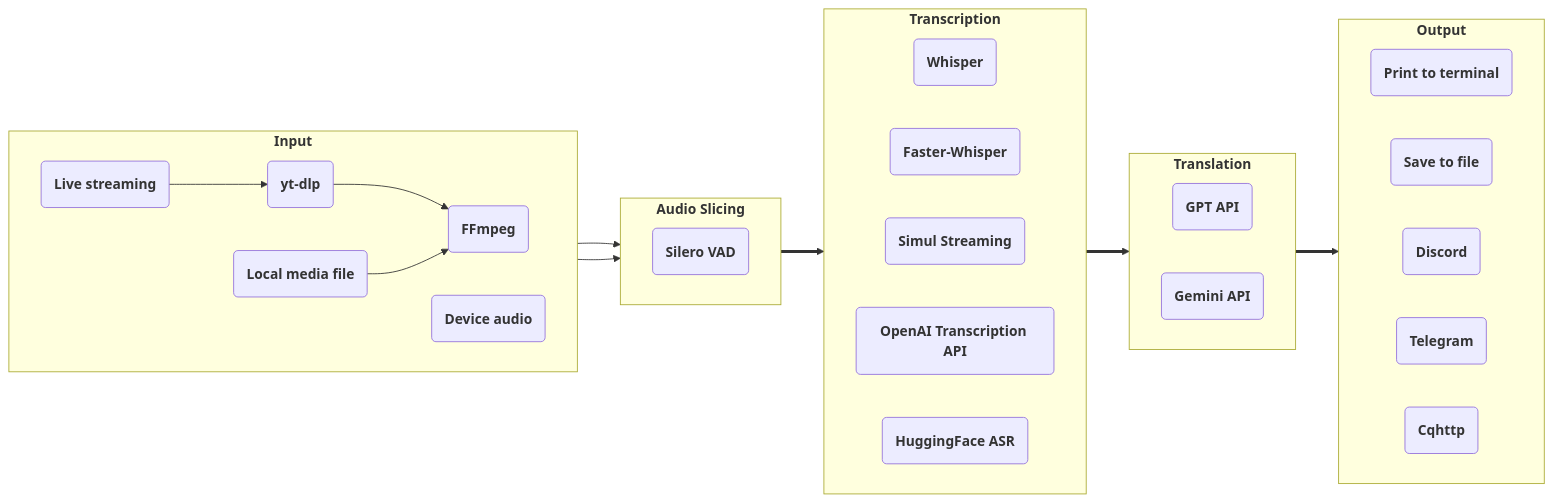
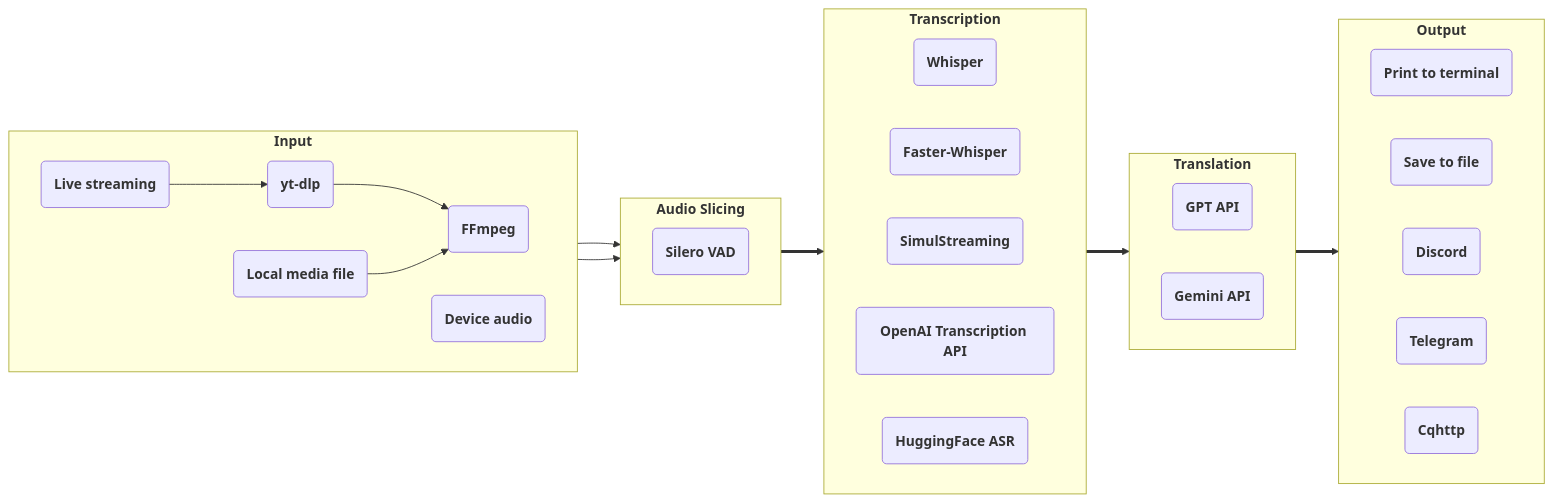
Before and after one commit to ionic-bond/stream-translator-gpt: the diagram in README.md, drawn with Mermaid. The commit also changed other lines of this file and 6 other files, not shown here.

````diff
--- a/README.md
+++ b/README.md
@@ -19,44 +25,44 @@
 ```mermaid
 flowchart LR
     subgraph ga["`**Input**`"]
         direction LR
         aa("`**FFmpeg**`")
         ab("`**Device audio**`")
         ac("`**yt-dlp**`")
         ad("`**Local media file**`")
         ae("`**Live streaming**`")
         ac --> aa
         ad --> aa
         ae --> ac
     end
     subgraph gb["`**Audio Slicing**`"]
         direction LR
         ba("`**Silero VAD**`")
     end
     subgraph gc["`**Transcription**`"]
         direction LR
         ca("`**Whisper**`")
         cb("`**Faster-Whisper**`")
-        cc("`**Simul Streaming**`")
+        cc("`**SimulStreaming**`")
         cd("`**OpenAI Transcription API**`")
         ce("`**HuggingFace ASR**`")
     end
     subgraph gd["`**Translation**`"]
         direction LR
         da("`**GPT API**`")
         db("`**Gemini API**`")
     end
     subgraph ge["`**Output**`"]
         direction LR
         ea("`**Print to terminal**`")
         ee("`**Save to file**`")
         ec("`**Discord**`")
         ed("`**Telegram**`")
         eb("`**Cqhttp**`")
     end
     aa --> gb
     ab --> gb
     gb ==> gc
     gc ==> gd
     gd ==> ge
 ```
````
